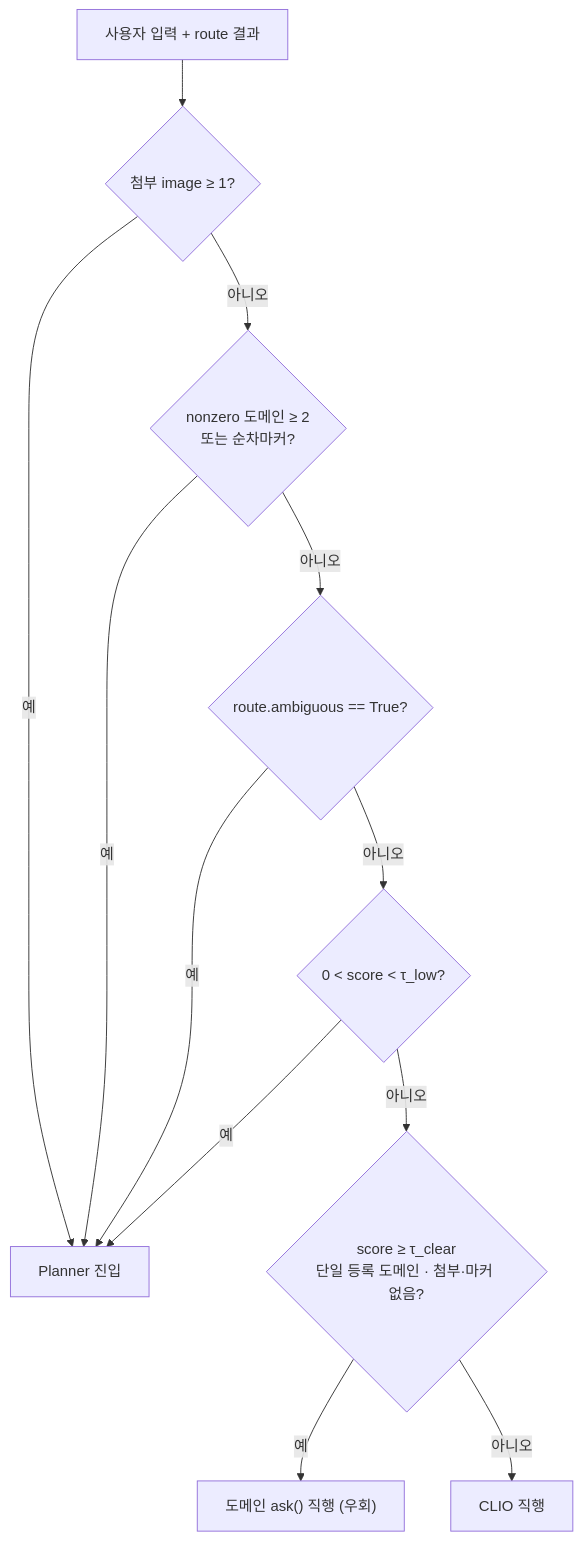
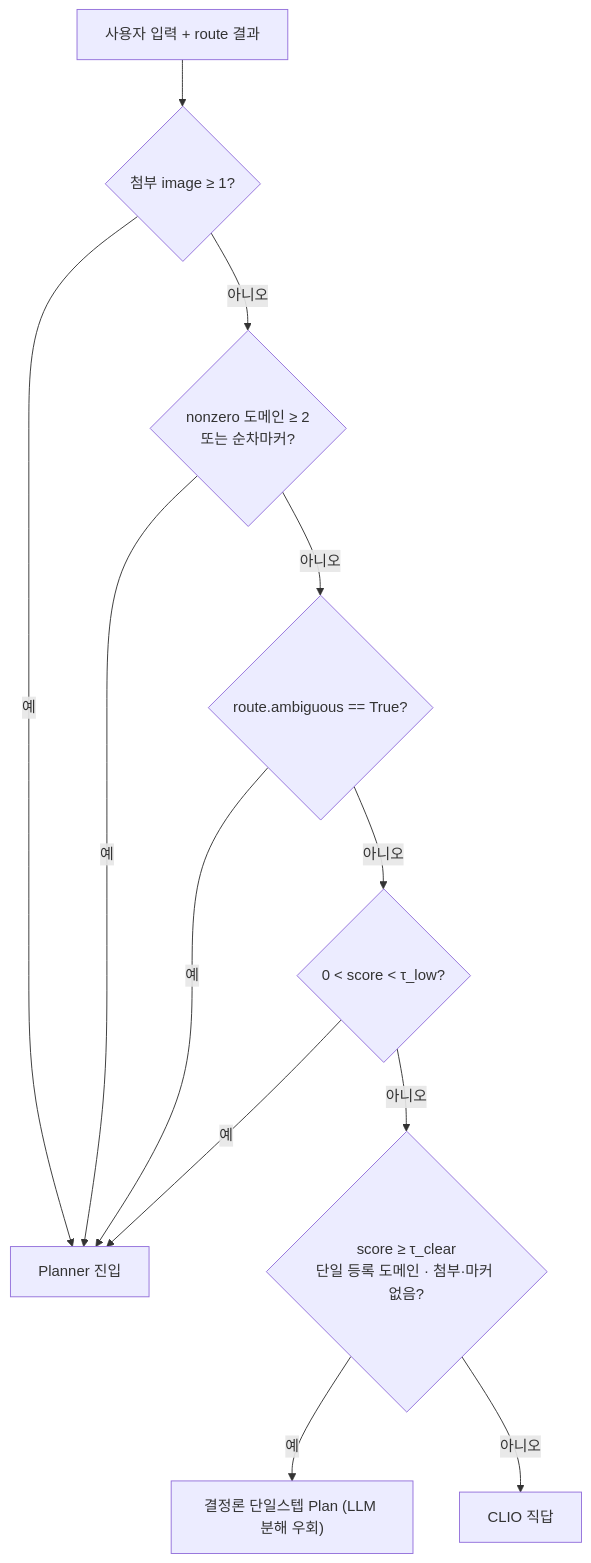
Before and after one commit to cclickstudio/click-me: the third of 4 diagrams in docs/superpowers/specs/2026-06-26-e2e-chat-orchestration-plan-execute-design.md, drawn with Mermaid. The commit also changed other lines of this file and 1 other file, not shown here.

First line of the commit message:
fix: 설계 정합성 3건 — 우회 정책·plan_hash 표현·트레이스 이름

````diff
--- a/docs/superpowers/specs/2026-06-26-e2e-chat-orchestration-plan-execute-design.md
+++ b/docs/superpowers/specs/2026-06-26-e2e-chat-orchestration-plan-execute-design.md
@@ -185,14 +191,14 @@
 ```mermaid
 flowchart TD
     Q["사용자 입력 + route 결과"] --> A{"첨부 image ≥ 1?"}
     A -->|예| P["Planner 진입"]
     A -->|아니오| B{"nonzero 도메인 ≥ 2<br/>또는 순차마커?"}
     B -->|예| P
     B -->|아니오| C{"route.ambiguous == True?"}
     C -->|예| P
     C -->|아니오| D{"0 < score < τ_low?"}
     D -->|예| P
     D -->|아니오| E{"score ≥ τ_clear<br/>단일 등록 도메인 · 첨부·마커 없음?"}
-    E -->|예| F["도메인 ask() 직행 (우회)"]
-    E -->|아니오| G["CLIO 직행"]
+    E -->|예| F["결정론 단일스텝 Plan (LLM 분해 우회)"]
+    E -->|아니오| G["CLIO 직답"]
 ```
````
